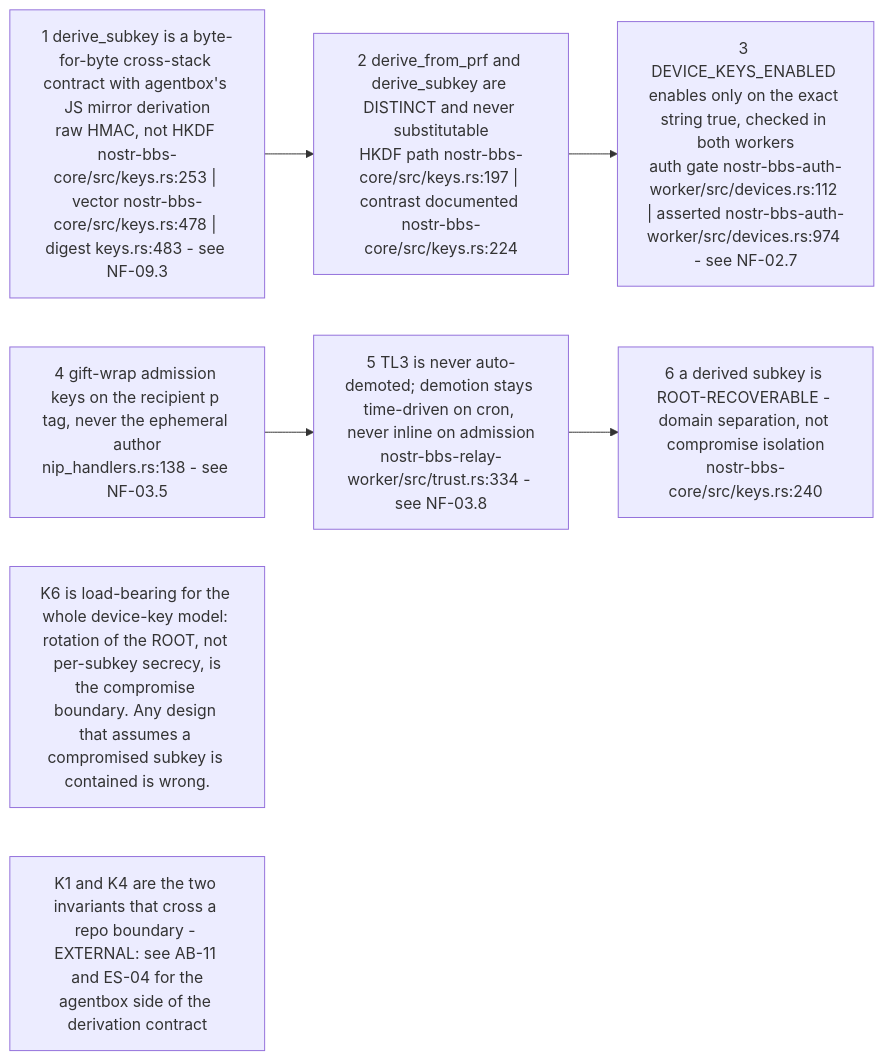
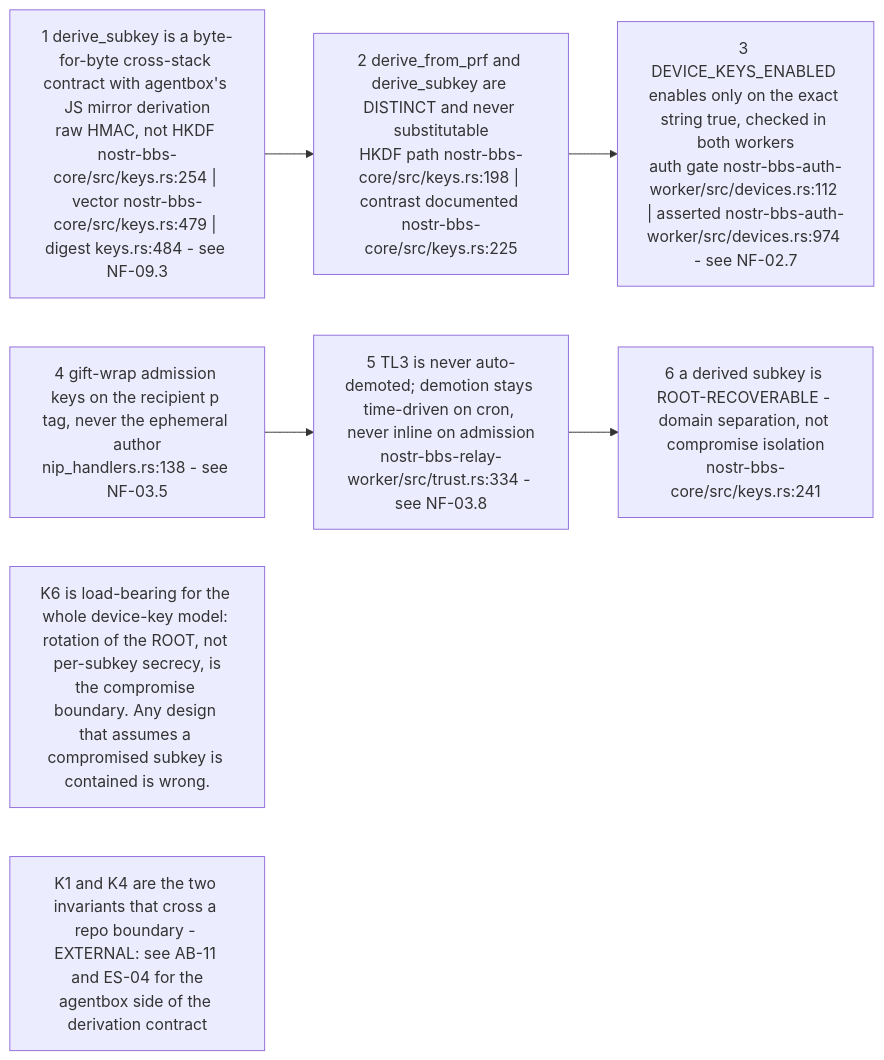
The second of 10 diagrams in docs/diagrams/nostr-rust-forum/10-invariants-and-anomaly-register.md (DreamLab-AI/VisionFlow), drawn with Mermaid before and after one commit. The commit also changed other lines of this file and 151 other files, not shown here.

````diff
--- a/docs/diagrams/nostr-rust-forum/10-invariants-and-anomaly-register.md
+++ b/docs/diagrams/nostr-rust-forum/10-invariants-and-anomaly-register.md
@@ -82,15 +82,15 @@
 ```mermaid
 flowchart LR
-    K1["1 derive_subkey is a byte-for-byte cross-stack contract with agentbox's JS mirror derivation<br/>raw HMAC, not HKDF nostr-bbs-core/src/keys.rs:253 | vector nostr-bbs-core/src/keys.rs:478 | digest keys.rs:483 - see NF-09.3"]
-    K2["2 derive_from_prf and derive_subkey are DISTINCT and never substitutable<br/>HKDF path nostr-bbs-core/src/keys.rs:197 | contrast documented nostr-bbs-core/src/keys.rs:224"]
+    K1["1 derive_subkey is a byte-for-byte cross-stack contract with agentbox's JS mirror derivation<br/>raw HMAC, not HKDF nostr-bbs-core/src/keys.rs:254 | vector nostr-bbs-core/src/keys.rs:479 | digest keys.rs:484 - see NF-09.3"]
+    K2["2 derive_from_prf and derive_subkey are DISTINCT and never substitutable<br/>HKDF path nostr-bbs-core/src/keys.rs:198 | contrast documented nostr-bbs-core/src/keys.rs:225"]
     K3["3 DEVICE_KEYS_ENABLED enables only on the exact string true, checked in both workers<br/>auth gate nostr-bbs-auth-worker/src/devices.rs:112 | asserted nostr-bbs-auth-worker/src/devices.rs:974 - see NF-02.7"]
     K4["4 gift-wrap admission keys on the recipient p tag, never the ephemeral author<br/>nip_handlers.rs:138 - see NF-03.5"]
     K5["5 TL3 is never auto-demoted; demotion stays time-driven on cron, never inline on admission<br/>nostr-bbs-relay-worker/src/trust.rs:334 - see NF-03.8"]
-    K6["6 a derived subkey is ROOT-RECOVERABLE - domain separation, not compromise isolation<br/>nostr-bbs-core/src/keys.rs:240"]
+    K6["6 a derived subkey is ROOT-RECOVERABLE - domain separation, not compromise isolation<br/>nostr-bbs-core/src/keys.rs:241"]
 
     K1 --> K2 --> K3
     K4 --> K5 --> K6
 
     N1["K6 is load-bearing for the whole device-key model: rotation of the ROOT, not per-subkey secrecy, is<br/>the compromise boundary. Any design that assumes a compromised subkey is contained is wrong."]
     N2["K1 and K4 are the two invariants that cross a repo boundary - EXTERNAL: see AB-11 and ES-04 for the<br/>agentbox side of the derivation contract"]
 ```
````
